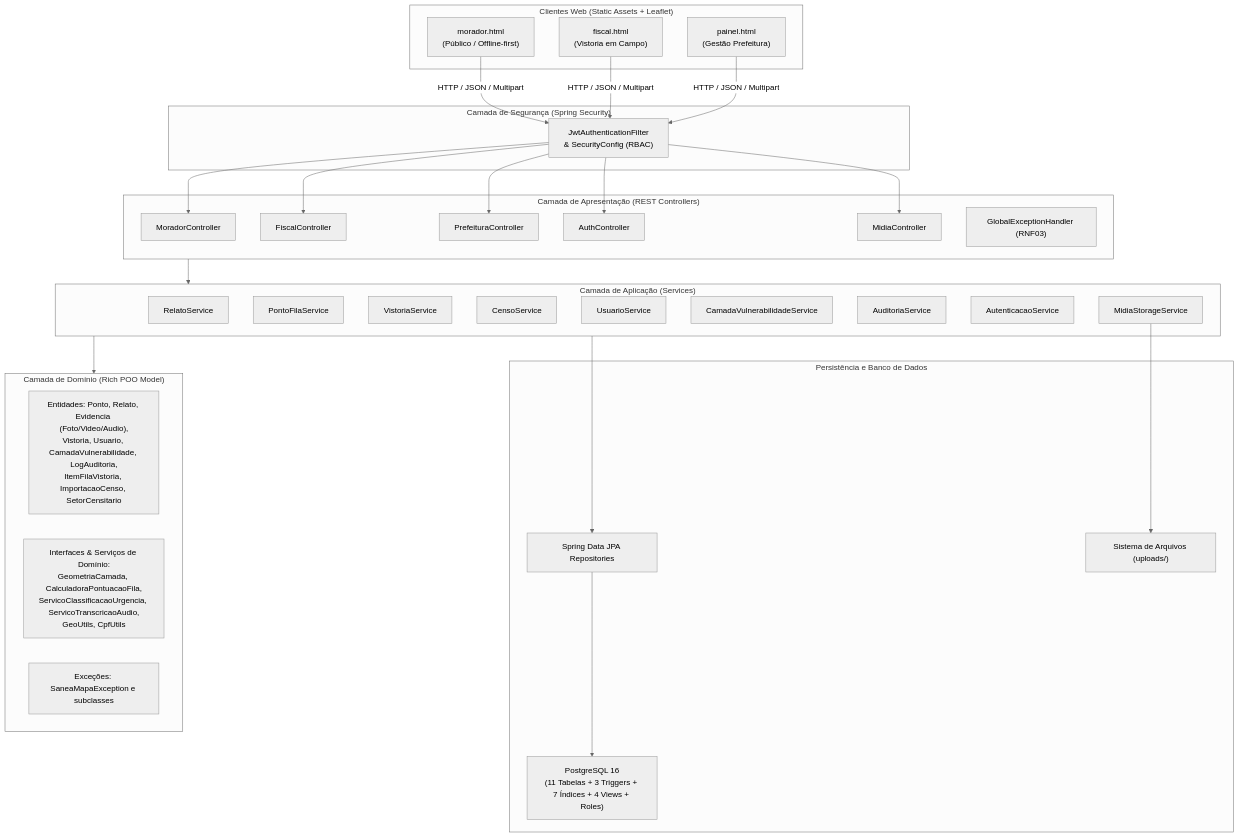
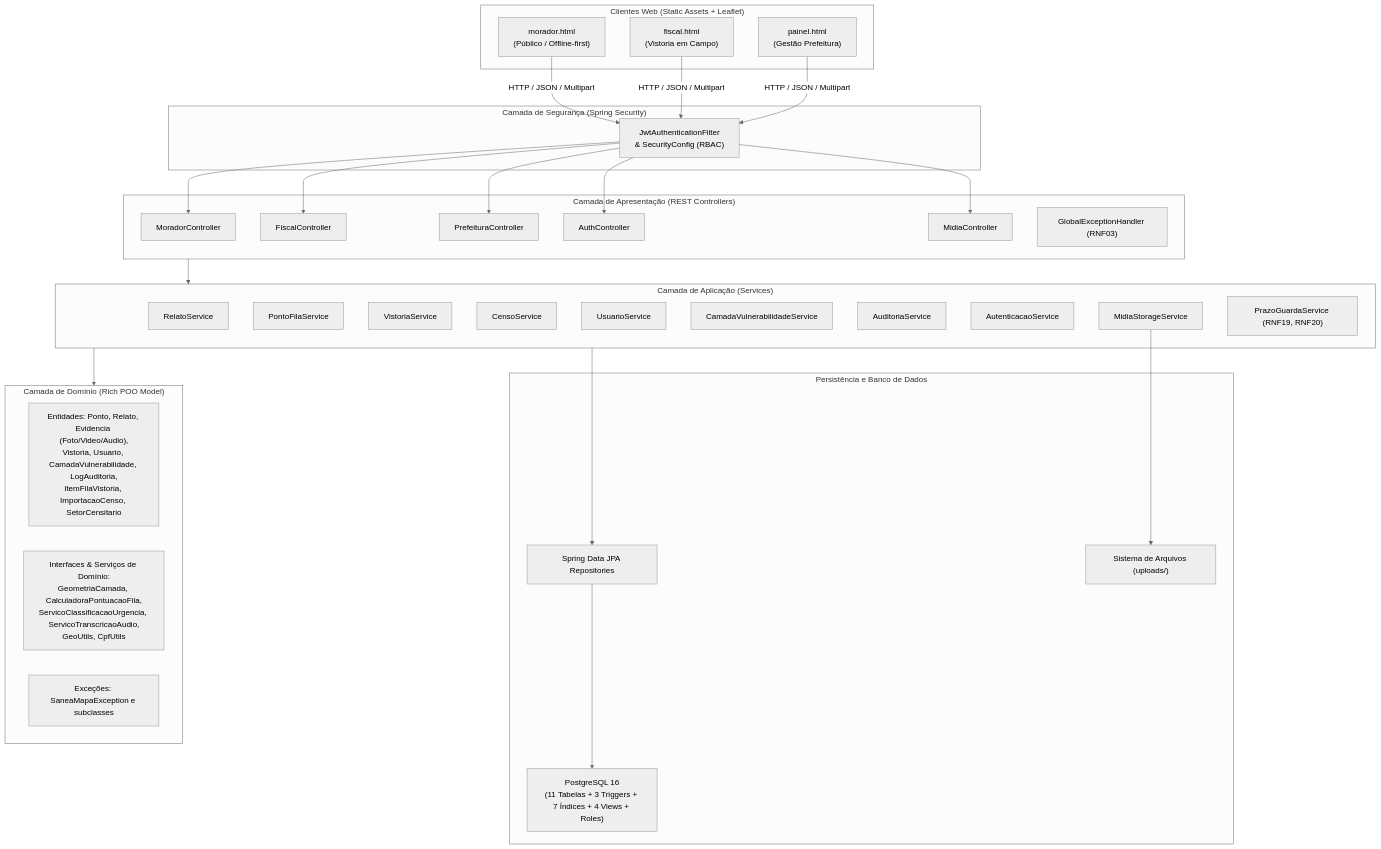
The first of 2 diagrams in docs/arquitetura.md (pedro470/saneamapa-prototipo), drawn with Mermaid (neutral theme) before and after one commit. The commit also changed 8 other files, not shown here.

First line of the commit message:
Prazo de guarda também no relato de reincidência e Fonte mista

````diff
--- a/docs/arquitetura.md
+++ b/docs/arquitetura.md
@@ -24,53 +24,54 @@
 ```mermaid
 flowchart TB
     subgraph Clientes["Clientes Web (Static Assets + Leaflet)"]
         M["morador.html\n(Público / Offline-first)"]
         F["fiscal.html\n(Vistoria em Campo)"]
         P["painel.html\n(Gestão Prefeitura)"]
     end
 
     subgraph Security["Camada de Segurança (Spring Security)"]
         JWT["JwtAuthenticationFilter\n& SecurityConfig (RBAC)"]
     end
 
     subgraph Controllers["Camada de Apresentação (REST Controllers)"]
         MC["MoradorController"]
         FC["FiscalController"]
         PC["PrefeituraController"]
         AC["AuthController"]
         MID["MidiaController"]
         GEH["GlobalExceptionHandler (RNF03)"]
     end
 
     subgraph Services["Camada de Aplicação (Services)"]
         RS["RelatoService"]
         PFS["PontoFilaService"]
         VS["VistoriaService"]
         CS["CensoService"]
         US["UsuarioService"]
         CVS["CamadaVulnerabilidadeService"]
         AS["AuditoriaService"]
         AUS["AutenticacaoService"]
         MSS["MidiaStorageService"]
+        PGS["PrazoGuardaService (RNF19, RNF20)"]
     end
 
     subgraph Domain["Camada de Domínio (Rich POO Model)"]
         DM["Entidades: Ponto, Relato, Evidencia (Foto/Video/Audio),\nVistoria, Usuario, CamadaVulnerabilidade, LogAuditoria,\nItemFilaVistoria, ImportacaoCenso, SetorCensitario"]
         DS["Interfaces & Serviços de Domínio:\nGeometriaCamada, CalculadoraPontuacaoFila,\nServicoClassificacaoUrgencia, ServicoTranscricaoAudio,\nGeoUtils, CpfUtils"]
         DE["Exceções: SaneaMapaException e subclasses"]
     end
 
     subgraph Data["Persistência e Banco de Dados"]
         REPO["Spring Data JPA Repositories"]
         PG["PostgreSQL 16\n(11 Tabelas + 3 Triggers + 7 Índices + 4 Views + Roles)"]
         FS["Sistema de Arquivos (uploads/)"]
     end
 
     M & F & P -->|HTTP / JSON / Multipart| JWT
     JWT --> MC & FC & PC & AC & MID
     Controllers --> Services
     Services --> Domain
     Services --> REPO
     MSS --> FS
     REPO --> PG
 ```
````
